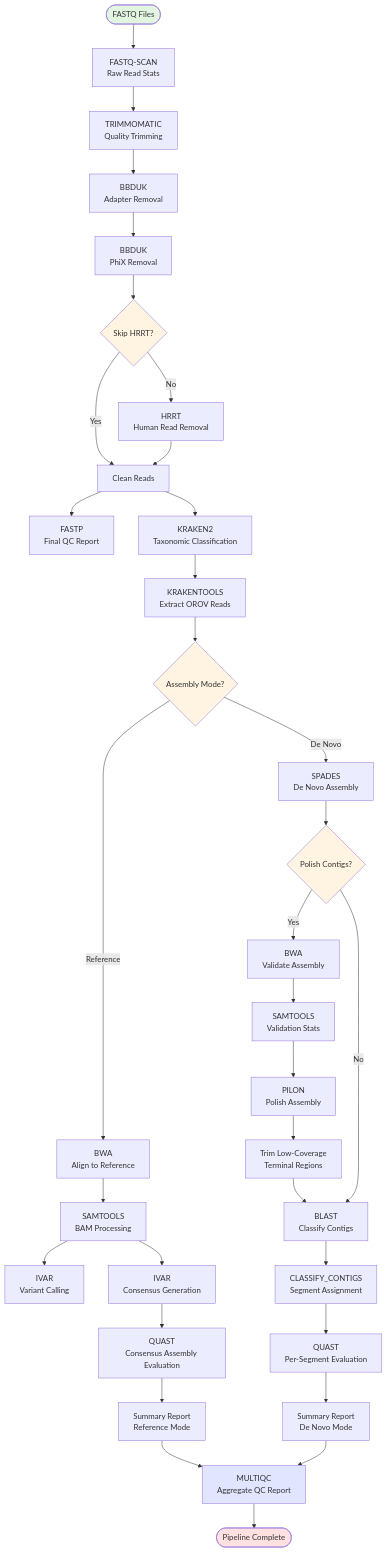
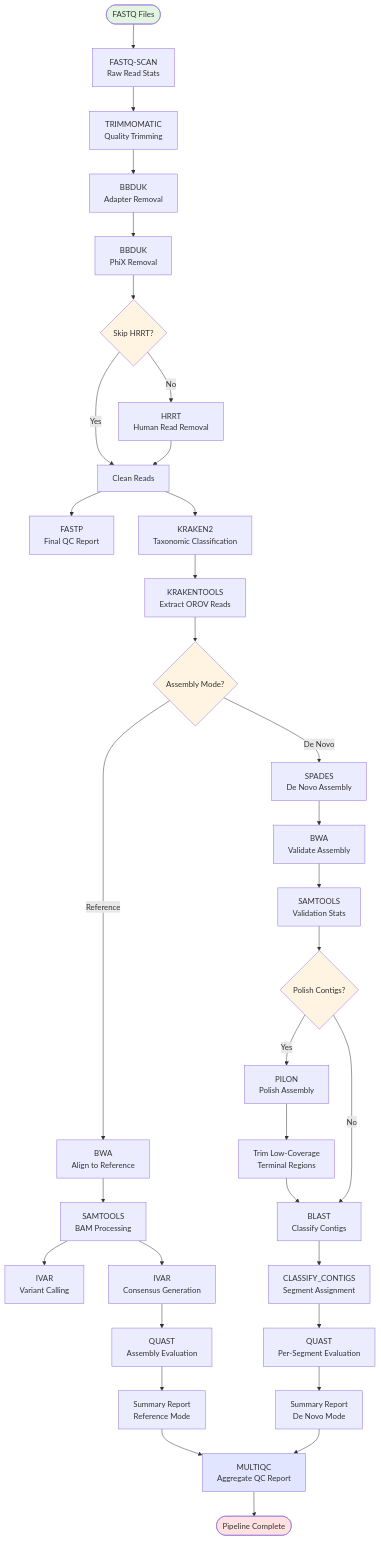
Before and after one commit to BPHL-Molecular/Juno: the diagram in README.md, drawn with Mermaid. The commit also changed other lines of this file, not shown here.

Commit message:
fix error on diagram steps

````diff
--- a/README.md
+++ b/README.md
@@ -72,45 +72,45 @@
 ```mermaid
 flowchart TD
     Start([FASTQ Files]) --> FastqScan[FASTQ-SCAN<br/>Raw Read Stats]
     FastqScan --> Trimmomatic[TRIMMOMATIC<br/>Quality Trimming]
     Trimmomatic --> BBDukAdapters[BBDUK<br/>Adapter Removal]
     BBDukAdapters --> BBDukPhiX[BBDUK<br/>PhiX Removal]
     BBDukPhiX --> HRRTCheck{Skip HRRT?}
     HRRTCheck -->|No| HRRT[HRRT<br/>Human Read Removal]
     HRRTCheck -->|Yes| CleanReads[Clean Reads]
     HRRT --> CleanReads
     CleanReads --> Fastp[FASTP<br/>Final QC Report]
     CleanReads --> Kraken2[KRAKEN2<br/>Taxonomic Classification]
     Kraken2 --> KrakenTools[KRAKENTOOLS<br/>Extract OROV Reads]
     KrakenTools --> ModeCheck{Assembly Mode?}
     
     ModeCheck -->|Reference| BWA[BWA<br/>Align to Reference]
     BWA --> Samtools[SAMTOOLS<br/>BAM Processing]
     Samtools --> IvarVariants[IVAR<br/>Variant Calling]
     Samtools --> IvarConsensus[IVAR<br/>Consensus Generation]
-    IvarConsensus --> QuastRef[QUAST<br/>Consensus Assembly Evaluation]
+    IvarConsensus --> QuastRef[QUAST<br/>Assembly Evaluation]
     QuastRef --> SummaryRef[Summary Report<br/>Reference Mode]
     
     ModeCheck -->|De Novo| Spades[SPADES<br/>De Novo Assembly]
-    Spades --> PolishCheck{Polish Contigs?}
-    PolishCheck -->|Yes| BwaValidate[BWA<br/>Validate Assembly]
+    Spades --> BwaValidate[BWA<br/>Validate Assembly]
     BwaValidate --> SamtoolsDenovo[SAMTOOLS<br/>Validation Stats]
-    SamtoolsDenovo --> Pilon[PILON<br/>Polish Assembly]
+    SamtoolsDenovo --> PolishCheck{Polish Contigs?}
+    PolishCheck -->|Yes| Pilon[PILON<br/>Polish Assembly]
     Pilon --> TrimTerminals[Trim Low-Coverage<br/>Terminal Regions]
     TrimTerminals --> Blast[BLAST<br/>Classify Contigs]
     PolishCheck -->|No| Blast
     Blast --> ClassifyContigs[CLASSIFY_CONTIGS<br/>Segment Assignment]
     ClassifyContigs --> QuastDenovo[QUAST<br/>Per-Segment Evaluation]
     QuastDenovo --> SummaryDenovo[Summary Report<br/>De Novo Mode]
     
     SummaryRef --> MultiQC[MULTIQC<br/>Aggregate QC Report]
     SummaryDenovo --> MultiQC
     MultiQC --> End([Pipeline Complete])
     
     style Start fill:#e1f5e1
     style End fill:#ffe1e1
     style ModeCheck fill:#fff4e1
     style HRRTCheck fill:#fff4e1
     style PolishCheck fill:#fff4e1
     style MultiQC fill:#e1e5ff
 ```
````
